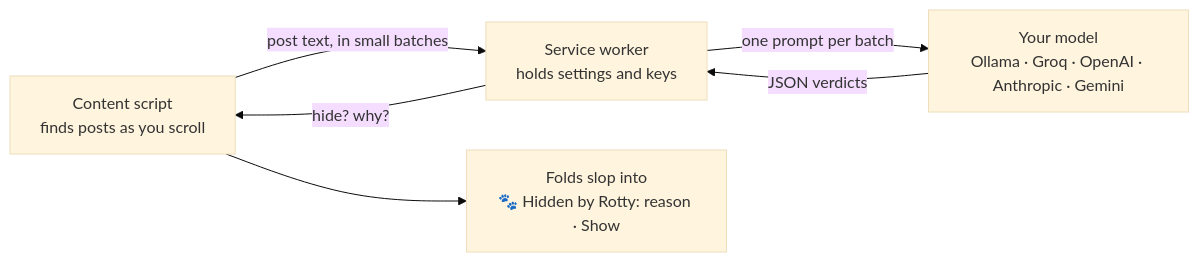
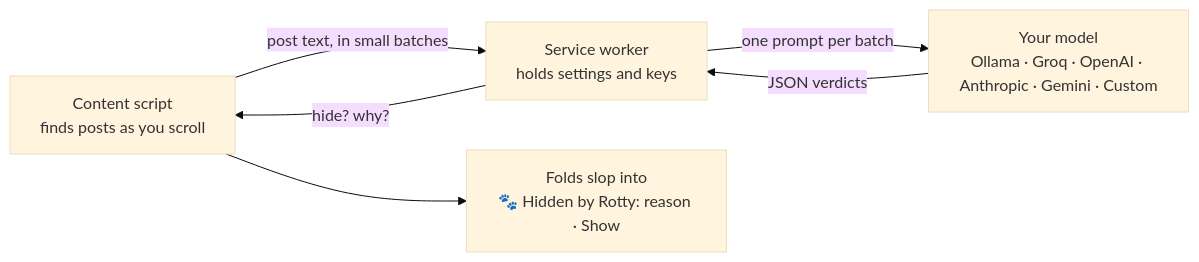
One commit to DoplexLabs/rotty-open-source changed the diagram in README.md. Above: the diagram before and after it, drawn with Mermaid (base theme). The commit also changed other lines of this file and 15 other files, not shown here.

````diff
--- a/README.md
+++ b/README.md
@@ -51,8 +52,8 @@
 ```mermaid
 flowchart LR
   A["Content script<br/>finds posts as you scroll"] -- "post text, in small batches" --> B["Service worker<br/>holds settings and keys"]
-  B -- "one prompt per batch" --> C["Your model<br/>Ollama · Groq · OpenAI · Anthropic · Gemini"]
+  B -- "one prompt per batch" --> C["Your model<br/>Ollama · Groq · OpenAI · Anthropic · Gemini · Custom"]
   C -- "JSON verdicts" --> B
   B -- "hide? why?" --> A
   A --> D["Folds slop into<br/>🐾 Hidden by Rotty: reason · Show"]
 ```
````
